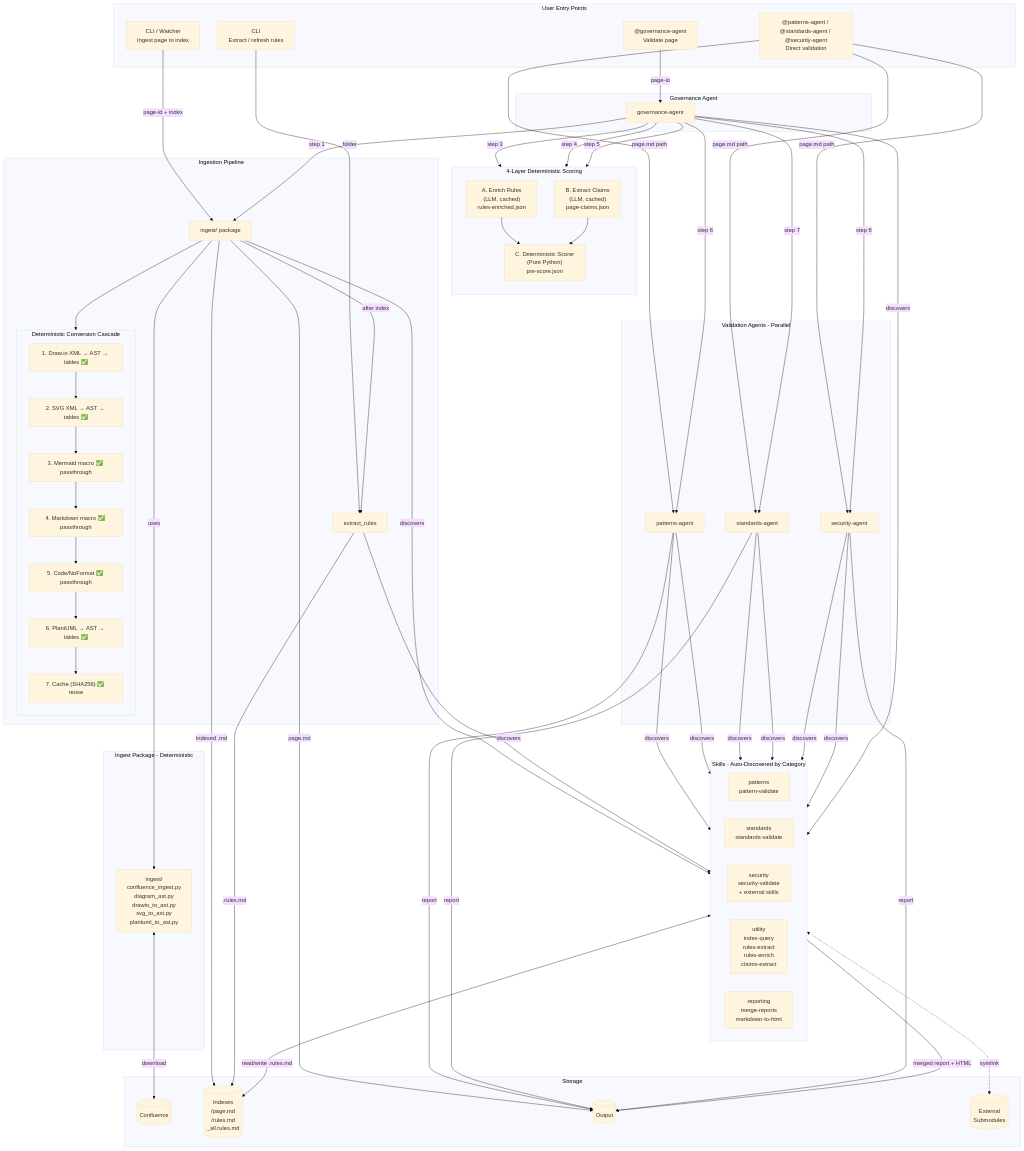
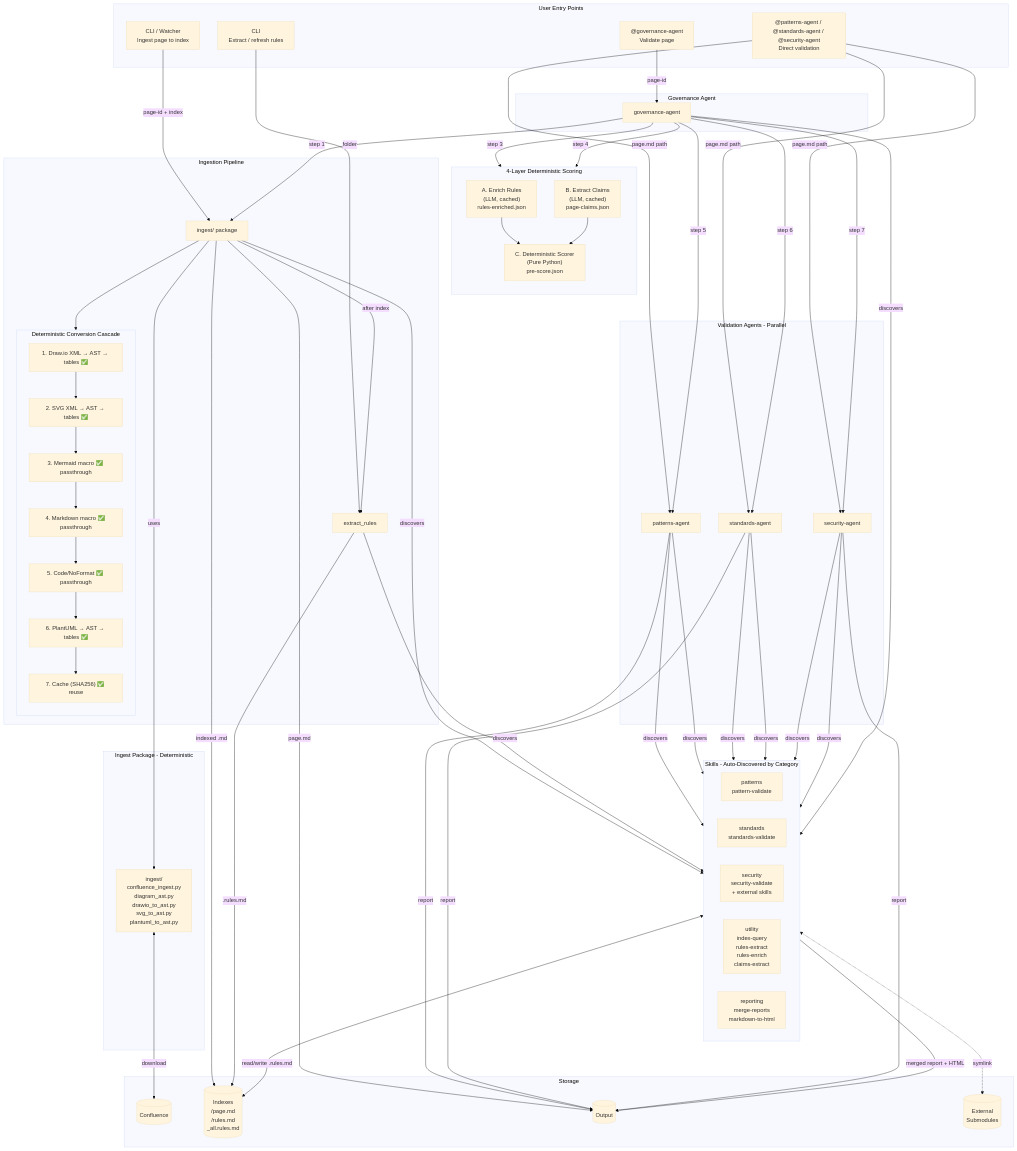
Before and after one commit to byrash/architecture-governance: the first of 5 diagrams in README.md, drawn with Mermaid (base theme). The commit also changed other lines of this file and 13 other files, not shown here.

```diff
--- a/README.md
+++ b/README.md
@@ -130,12 +136,11 @@
     U3 -->|folder| RE
     U4 -->|page.md path| PA & SA & SEA
     GA -->|step 1| IA
-    GA -->|step 3| EN
-    GA -->|step 4| CL
-    GA -->|step 5| SC
-    GA -->|step 6| PA
-    GA -->|step 7| SA
-    GA -->|step 8| SEA
+    GA -->|step 3| CL
+    GA -->|step 4| SC
+    GA -->|step 5| PA
+    GA -->|step 6| SA
+    GA -->|step 7| SEA
 
     %% Ingestion triggers rules extraction
     IA -->|"after index"| RE
```
